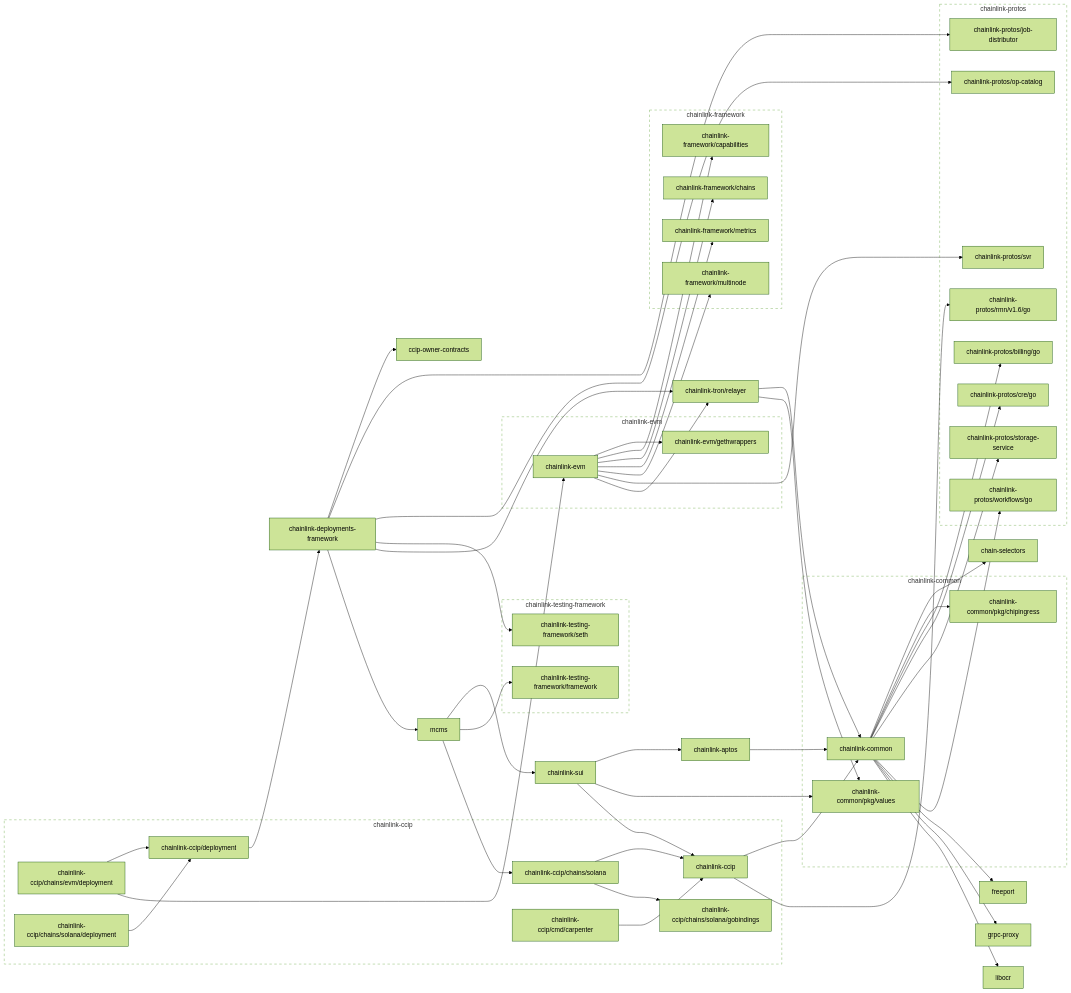
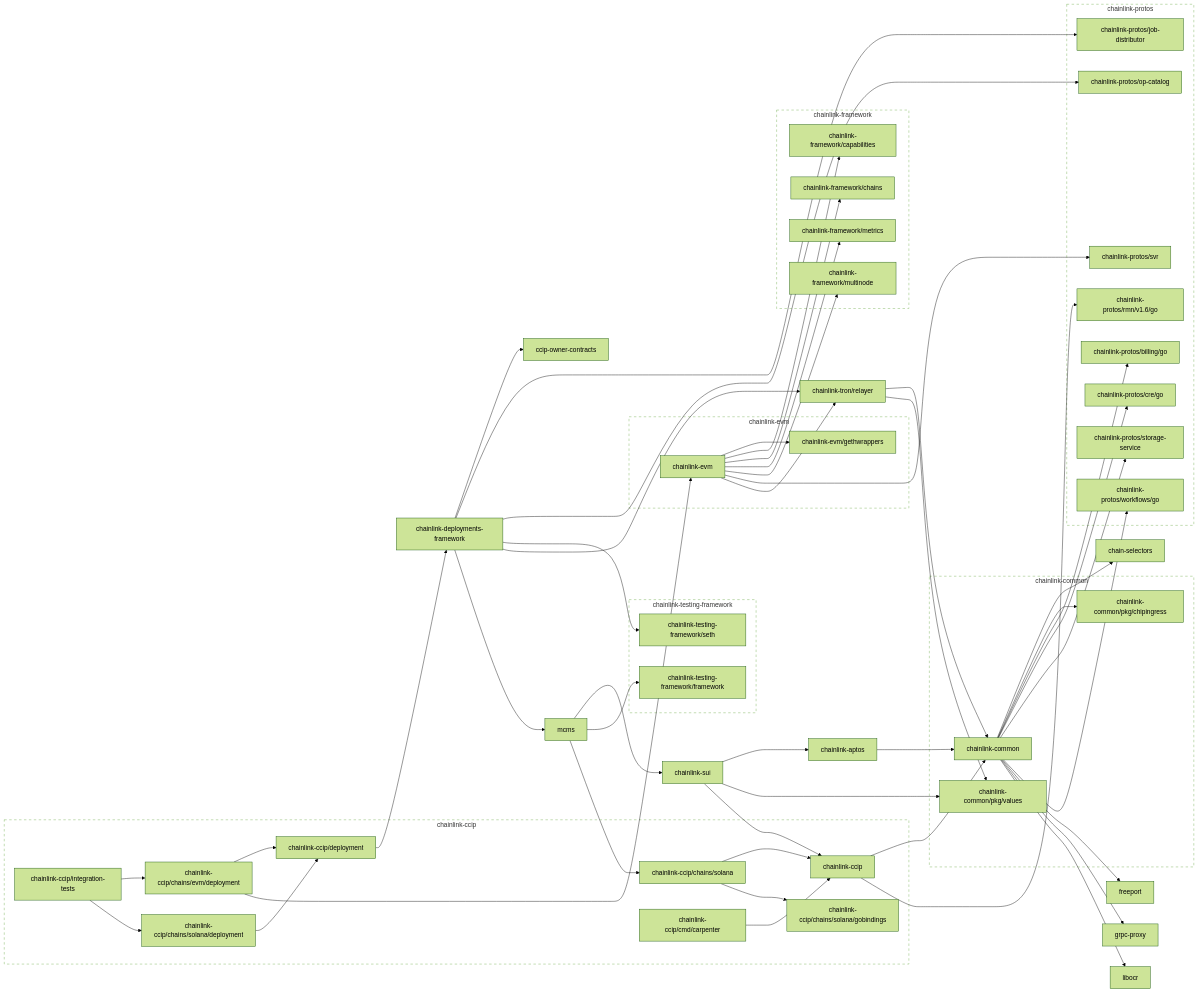
One commit to smartcontractkit/chainlink-ccip changed the second of 2 diagrams in go.md. Above: the diagram before and after it, drawn with Mermaid (forest theme).

```diff
--- a/go.md
+++ b/go.md
@@ -82,6 +82,9 @@
 	click chainlink-ccip/cmd/carpenter href "https://github.com/smartcontractkit/chainlink-ccip"
 	chainlink-ccip/deployment --> chainlink-deployments-framework
 	click chainlink-ccip/deployment href "https://github.com/smartcontractkit/chainlink-ccip"
+	chainlink-ccip/integration-tests --> chainlink-ccip/chains/evm/deployment
+	chainlink-ccip/integration-tests --> chainlink-ccip/chains/solana/deployment
+	click chainlink-ccip/integration-tests href "https://github.com/smartcontractkit/chainlink-ccip"
 	chainlink-common --> chain-selectors
 	chainlink-common --> chainlink-common/pkg/chipingress
 	chainlink-common --> chainlink-protos/billing/go
@@ -167,6 +170,7 @@
 		 chainlink-ccip/chains/solana/gobindings
 		 chainlink-ccip/cmd/carpenter
 		 chainlink-ccip/deployment
+		 chainlink-ccip/integration-tests
 	end
 	click chainlink-ccip-repo href "https://github.com/smartcontractkit/chainlink-ccip"
 
```
